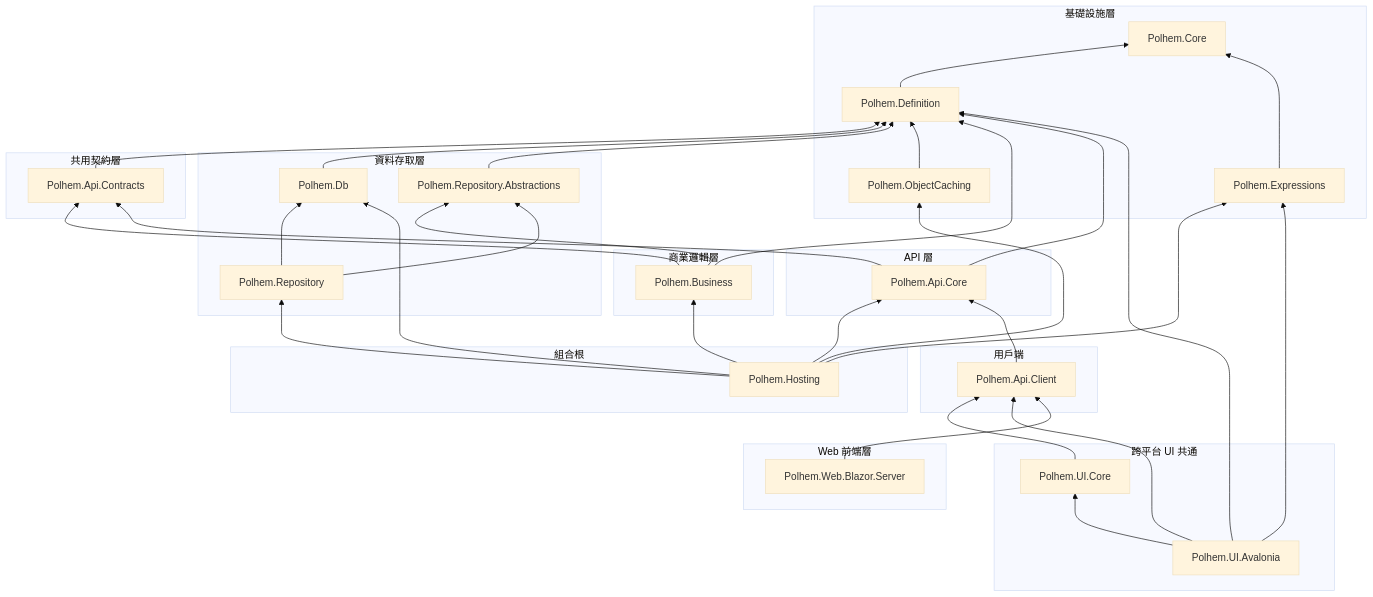
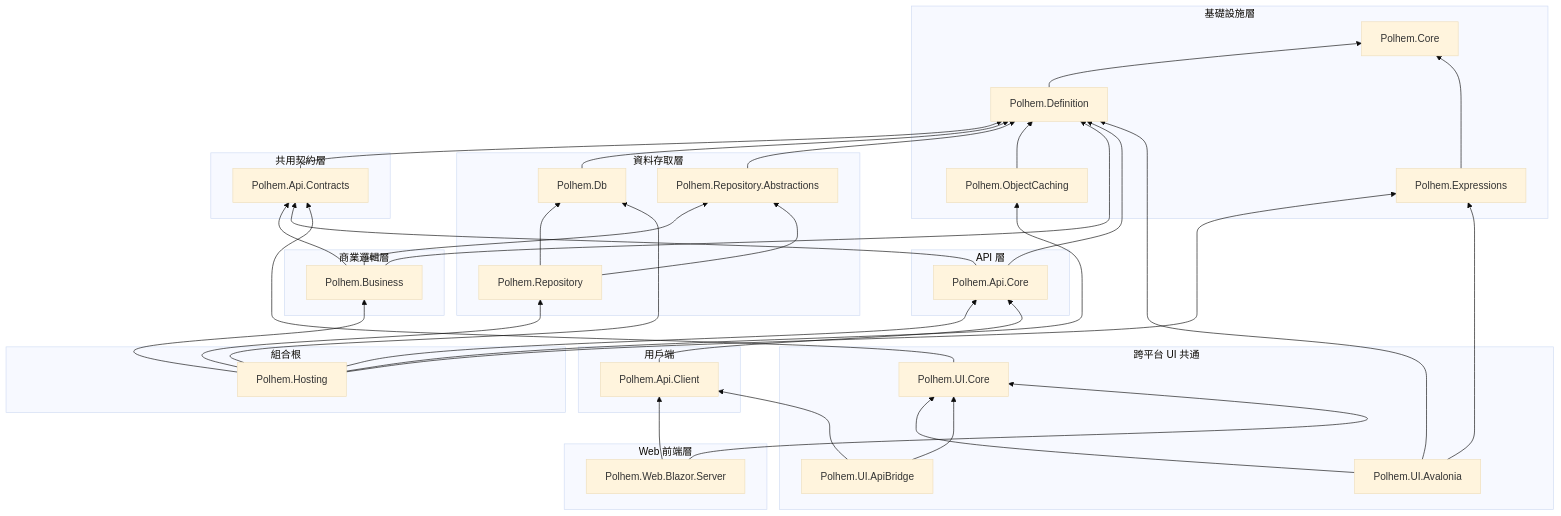
Before and after one commit to polhem-dev/polhem: the diagram in docs/zh-TW/architecture/dependency-map.md, drawn with Mermaid (base theme). The commit also changed other lines of this file and 178 other files, not shown here.

First line of the commit message:
Decouple the front ends from the API client through injected contracts (ADR-054) (#109)

````diff
--- a/docs/zh-TW/architecture/dependency-map.md
+++ b/docs/zh-TW/architecture/dependency-map.md
@@ -15,71 +15,74 @@
 ```mermaid
 graph BT
   subgraph 基礎設施層
     Base["Polhem.Core"]
     Expressions["Polhem.Expressions"]
     Definition["Polhem.Definition"]
     Caching["Polhem.ObjectCaching"]
   end
 
   subgraph 資料存取層
     RepoAbs["Polhem.Repository.Abstractions"]
     Db["Polhem.Db"]
     Repo["Polhem.Repository"]
   end
 
   subgraph 商業邏輯層
     Business["Polhem.Business"]
   end
 
   subgraph SharedContracts [共用契約層]
     Contracts["Polhem.Api.Contracts"]
   end
 
   subgraph API 層
     Core["Polhem.Api.Core"]
   end
 
   subgraph CompositionRoot [組合根]
     Hosting["Polhem.Hosting"]
   end
 
   subgraph 用戶端
     Client["Polhem.Api.Client"]
   end
 
   subgraph 跨平台 UI 共通
     UICore["Polhem.UI.Core"]
     UIAvalonia["Polhem.UI.Avalonia"]
+    UIApiBridge["Polhem.UI.ApiBridge"]
   end
 
   subgraph Web 前端層
     BlazorSrv["Polhem.Web.Blazor.Server"]
   end
 
   Definition --> Base
   Expressions --> Base
   Hosting --> Expressions
   UIAvalonia --> Expressions
   Contracts --> Definition
   Db --> Definition
   RepoAbs --> Definition
   Caching --> Definition
   Business --> Contracts
   Business --> Definition
   Business --> RepoAbs
   Repo --> Db
   Repo --> RepoAbs
   Core --> Contracts
   Core --> Definition
   Hosting --> Core
   Hosting --> Business
   Hosting --> Db
   Hosting --> Repo
   Hosting --> Caching
   Client --> Core
-  UICore --> Client
+  UICore --> Contracts
   UIAvalonia --> UICore
-  UIAvalonia --> Client
   UIAvalonia --> Definition
+  UIApiBridge --> UICore
+  UIApiBridge --> Client
   BlazorSrv --> Client
+  BlazorSrv --> UICore
 ```
````
